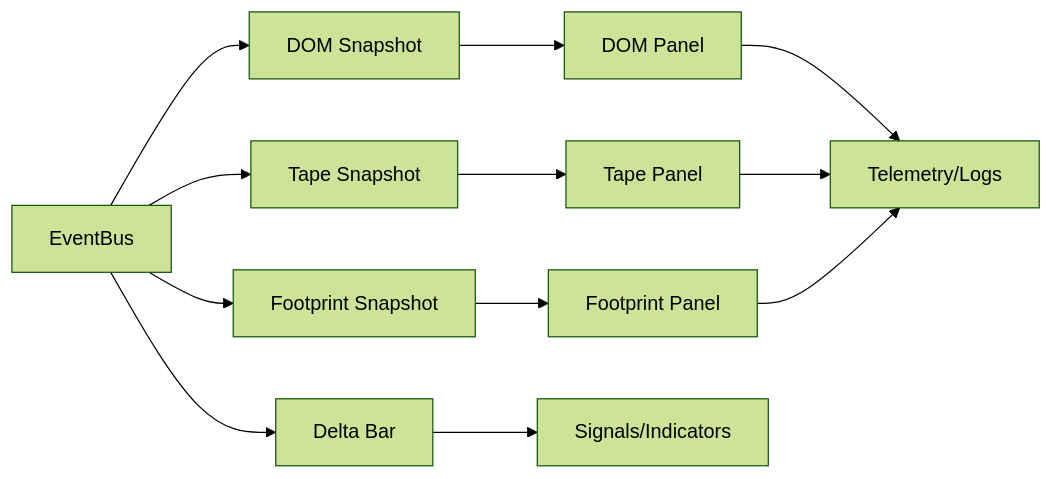
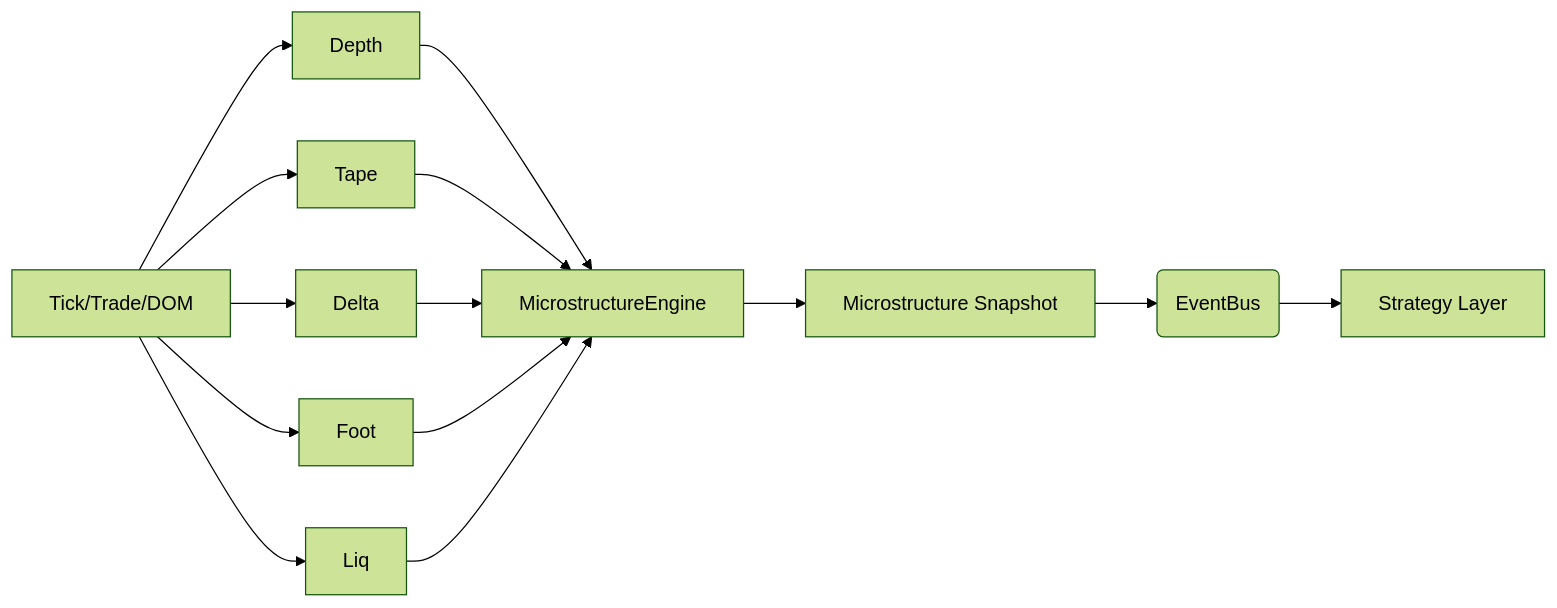
The diagram in docs/PHASE_IV.md (codestash-spec/tape-reading-app), drawn with Mermaid (forest theme) before and after one commit. The commit also changed other lines of this file and 48 other files, not shown here.

````diff
--- a/docs/PHASE_IV.md
+++ b/docs/PHASE_IV.md
@@ -20,14 +16,12 @@
 ```mermaid
 flowchart LR
-    Bus[EventBus] --> DOMS[DOM Snapshot]
-    Bus --> TAPE[Tape Snapshot]
-    Bus --> FOOT[Footprint Snapshot]
-    Bus --> DELTAB[Delta Bar]
-    DOMS --> UIDOM[DOM Panel]
-    TAPE --> UITAPE[Tape Panel]
-    FOOT --> UIFOOT[Footprint Panel]
-    DELTAB --> UISIG[Signals/Indicators]
-    UIDOM --> Telemetry[Telemetry/Logs]
-    UITAPE --> Telemetry
-    UIFOOT --> Telemetry
+    MD[Tick/Trade/DOM] --> Depth
+    MD --> Tape
+    MD --> Delta
+    MD --> Foot
+    MD --> Liq
+    Depth & Tape & Delta & Foot & Liq --> Orq[MicrostructureEngine]
+    Orq --> SNAP[Microstructure Snapshot]
+    SNAP --> BUS(EventBus)
+    BUS --> STRAT[Strategy Layer]
 ```
````
